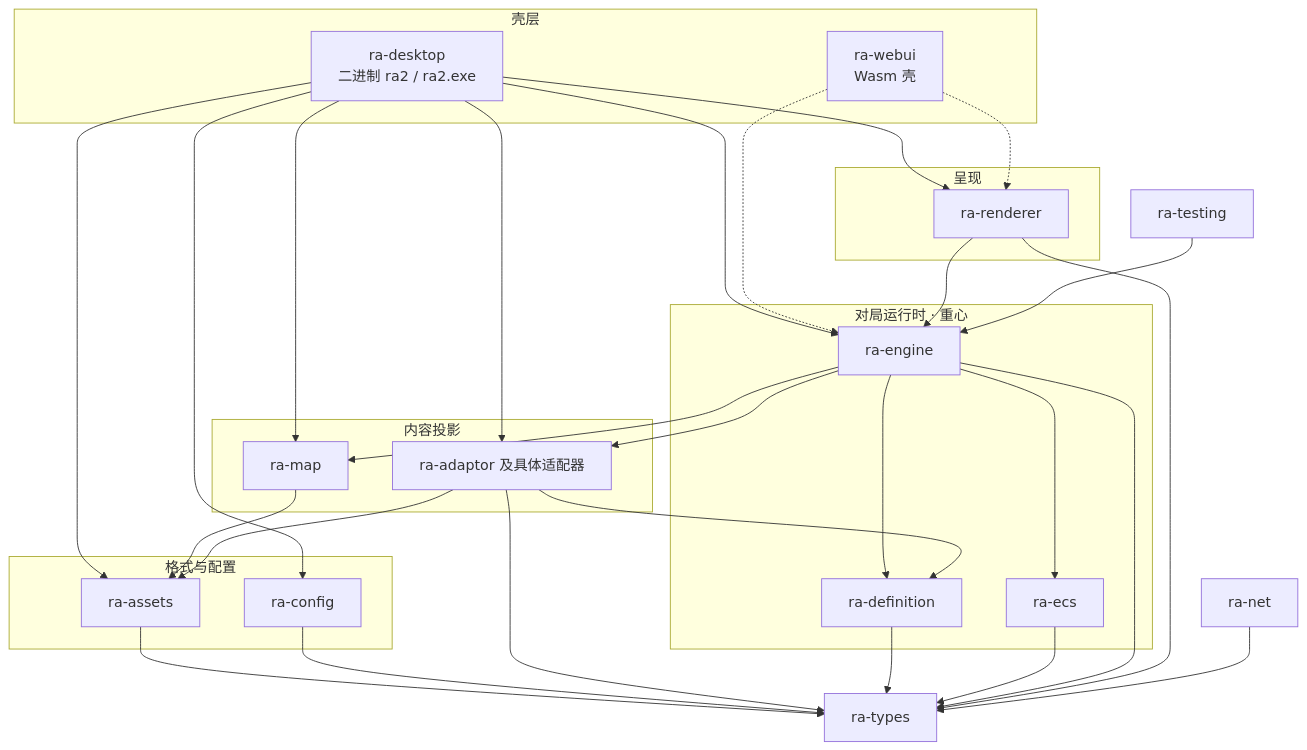
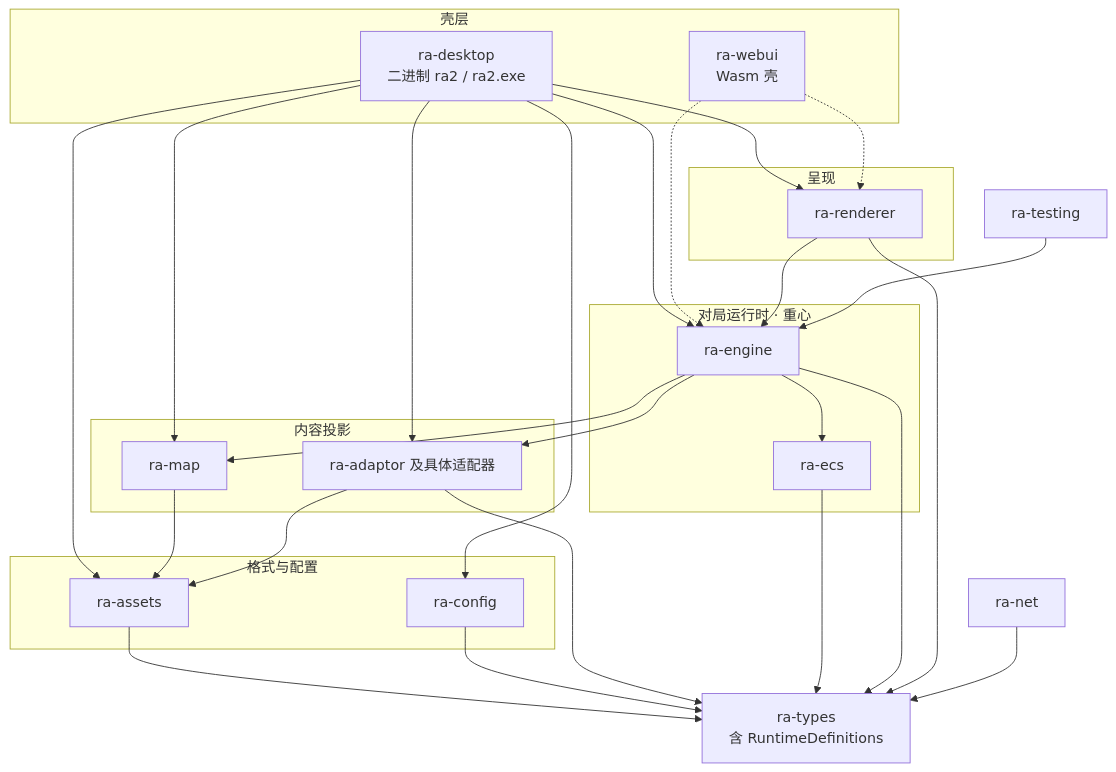
One commit to rust-alert/ra2.exe changed the second of 3 diagrams in readme.md. Above: the diagram before and after it, drawn with Mermaid. The commit also changed other lines of this file and 46 other files, not shown here.

First line of the commit message:
♻️ Fold `RuntimeDefinitions` into `ra-types` and drop `ra-definition`

````diff
--- a/readme.md
+++ b/readme.md
@@ -97,57 +98,52 @@
 ```mermaid
 flowchart TB
     subgraph shells["壳层"]
         desktop["ra-desktop<br/>二进制 ra2 / ra2.exe"]
         webui["ra-webui<br/>Wasm 壳"]
     end
 
     subgraph present["呈现"]
         renderer["ra-renderer"]
     end
 
     subgraph runtime["对局运行时 · 重心"]
         engine["ra-engine"]
         ecs["ra-ecs"]
-        defs["ra-definition"]
     end
 
     subgraph content["内容投影"]
         map["ra-map"]
         adaptor["ra-adaptor 及具体适配器"]
     end
 
     subgraph formats["格式与配置"]
         assets["ra-assets"]
         config["ra-config"]
     end
 
-    types["ra-types"]
+    types["ra-types<br/>含 RuntimeDefinitions"]
     net["ra-net"]
     testing["ra-testing"]
-
     desktop --> config
     desktop --> renderer
     desktop --> engine
     desktop --> map
     desktop --> assets
     desktop --> adaptor
     webui -.-> renderer
     webui -.-> engine
     renderer --> engine
     engine --> ecs
-    engine --> defs
     engine --> map
     engine --> adaptor
     map --> assets
     adaptor --> assets
-    adaptor --> defs
     assets --> types
     config --> types
     adaptor --> types
-    defs --> types
     ecs --> types
     engine --> types
     renderer --> types
     net --> types
     testing --> engine
 ```
````
